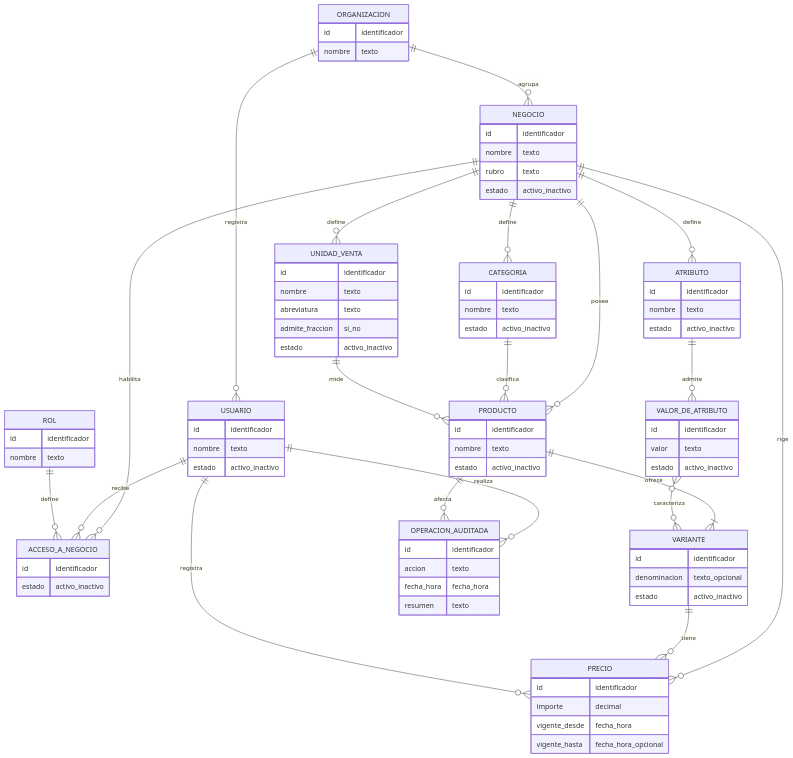
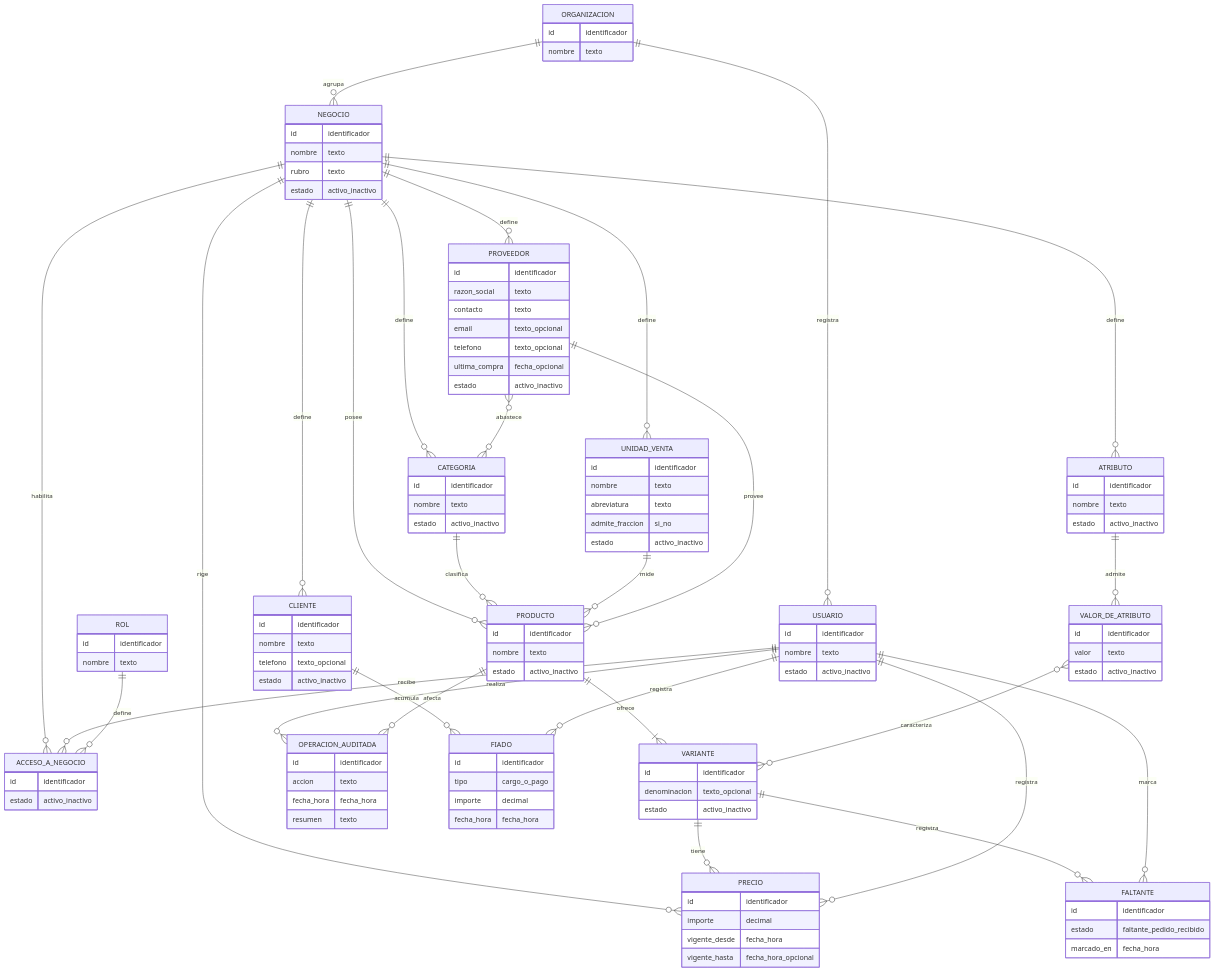
One commit to ariadnacisterna/business-management changed the diagram in docs/07-modelo-conceptual.md. Above: the diagram before and after it, drawn with Mermaid. The commit also changed other lines of this file and 12 other files, not shown here.

````diff
--- a/docs/07-modelo-conceptual.md
+++ b/docs/07-modelo-conceptual.md
@@ -14,6 +14,7 @@
     NEGOCIO ||--o{ ACCESO_A_NEGOCIO : habilita
     USUARIO ||--o{ ACCESO_A_NEGOCIO : recibe
     ROL ||--o{ ACCESO_A_NEGOCIO : define
+    NEGOCIO ||--o{ PROVEEDOR : define
 
     CATEGORIA ||--o{ PRODUCTO : clasifica
     UNIDAD_VENTA ||--o{ PRODUCTO : mide
@@ -24,6 +25,13 @@
     USUARIO ||--o{ PRECIO : registra
     USUARIO ||--o{ OPERACION_AUDITADA : realiza
     PRODUCTO ||--o{ OPERACION_AUDITADA : afecta
+    PROVEEDOR ||--o{ PRODUCTO : provee
+    PROVEEDOR }o--o{ CATEGORIA : abastece
+    VARIANTE ||--o{ FALTANTE : registra
+    USUARIO ||--o{ FALTANTE : marca
+    NEGOCIO ||--o{ CLIENTE : define
+    CLIENTE ||--o{ FIADO : acumula
+    USUARIO ||--o{ FIADO : registra
 
     ORGANIZACION {
         id identificador
@@ -92,4 +100,30 @@
         fecha_hora fecha_hora
         resumen texto
     }
+    PROVEEDOR {
+        id identificador
+        razon_social texto
+        contacto texto
+        email texto_opcional
+        telefono texto_opcional
+        ultima_compra fecha_opcional
+        estado activo_inactivo
+    }
+    FALTANTE {
+        id identificador
+        estado faltante_pedido_recibido
+        marcado_en fecha_hora
+    }
+    CLIENTE {
+        id identificador
+        nombre texto
+        telefono texto_opcional
+        estado activo_inactivo
+    }
+    FIADO {
+        id identificador
+        tipo cargo_o_pago
+        importe decimal
+        fecha_hora fecha_hora
+    }
 ```
````
